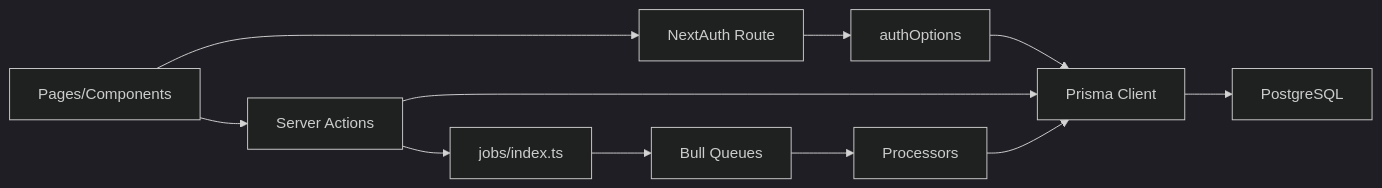
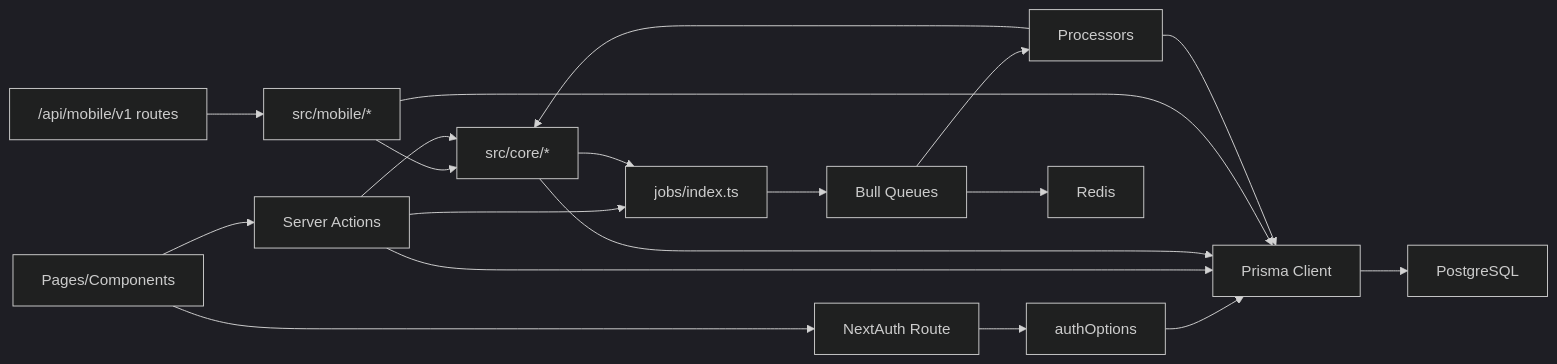
Before and after one commit to Dezzpil/meingym: the eighth of 8 diagrams in .qoder/repowiki/en/content/Architecture Overview/Architecture Overview.md, drawn with Mermaid (dark theme). The commit also changed other lines of this file and 12 other files, not shown here.

````diff
--- a/.qoder/repowiki/en/content/Architecture Overview/Architecture Overview.md
+++ b/.qoder/repowiki/en/content/Architecture Overview/Architecture Overview.md
@@ -295,13 +392,21 @@
 ```mermaid
 graph LR
 UI["Pages/Components"] --> AuthRoute["NextAuth Route"]
 UI --> ServerActions["Server Actions"]
+MobileRoutes["/api/mobile/v1 routes"] --> MobileSvc["src/mobile/*"]
+MobileSvc --> Core["src/core/*"]
 AuthRoute --> AuthConfig["authOptions"]
 AuthConfig --> PrismaClient["Prisma Client"]
+ServerActions --> Core
 ServerActions --> PrismaClient
 ServerActions --> JobsIndex["jobs/index.ts"]
+Core --> JobsIndex
+Core --> PrismaClient
+MobileSvc --> PrismaClient
 JobsIndex --> Queues["Bull Queues"]
 Queues --> Processors["Processors"]
+Processors --> Core
 Processors --> PrismaClient
 PrismaClient --> DB["PostgreSQL"]
+Queues --> Redis["Redis"]
 ```
````
